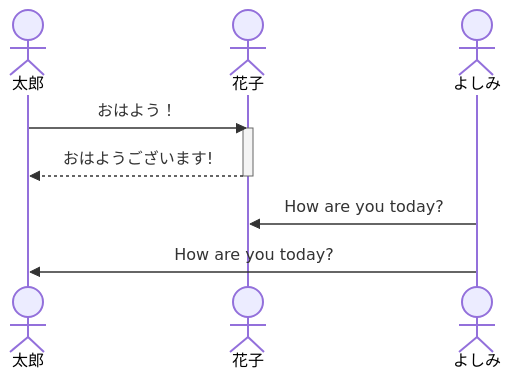
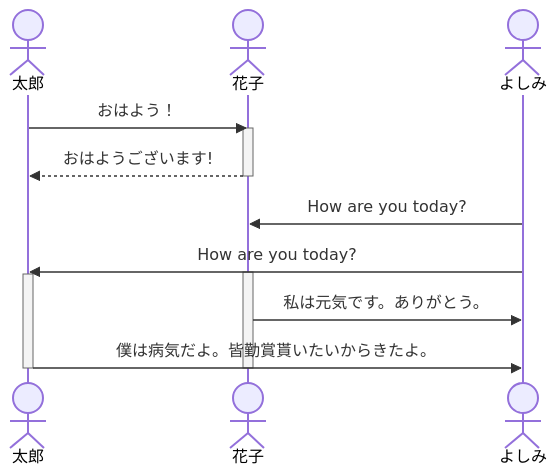
The second of 3 diagrams in README.md (tpu-game-2023/mermaid_test), drawn with Mermaid before and after one commit.

````diff
--- a/README.md
+++ b/README.md
@@ -38,15 +38,18 @@
 ```mermaid
 sequenceDiagram
     actor 太郎
     actor 花子
     actor よしみ
     太郎->>花子: おはよう！
     activate 花子
     花子-->>太郎: おはようございます!
     deactivate 花子
     よしみ->>花子 :How are you today?
     よしみ->>太郎 :How are you today?
     activate　花子
     activate　太郎
-    
+    花子->>よしみ:私は元気です。ありがとう。
+    太郎->>よしみ:僕は病気だよ。皆勤賞貰いたいからきたよ。
+    deactivate　花子
+    deactivate　太郎
 ```
````
